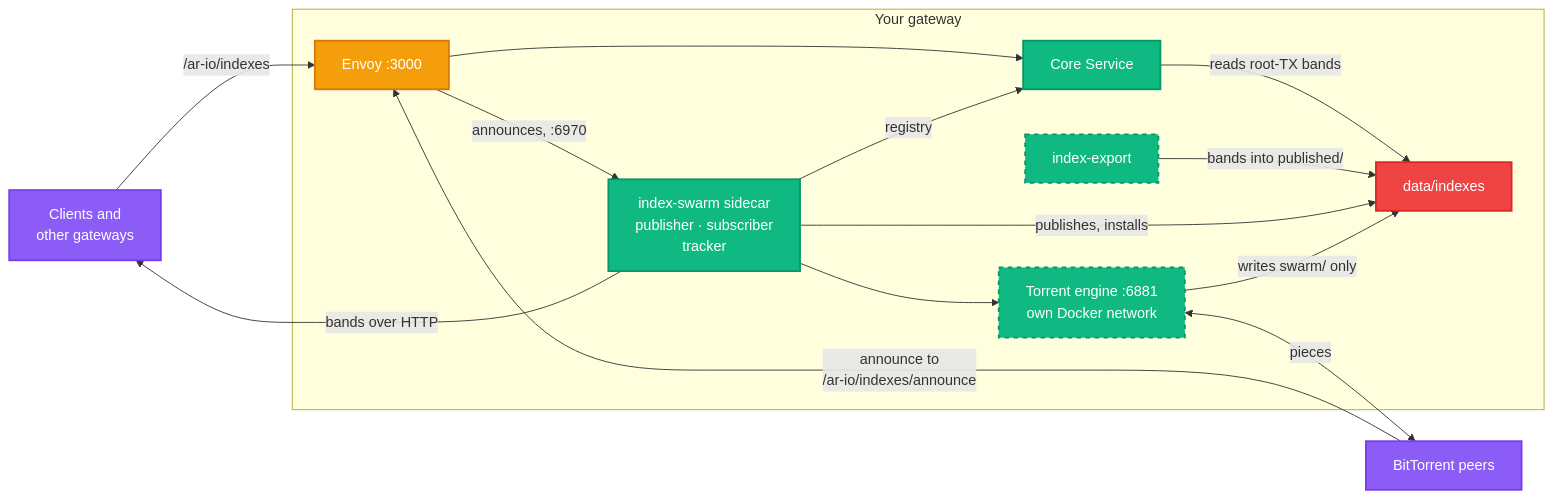
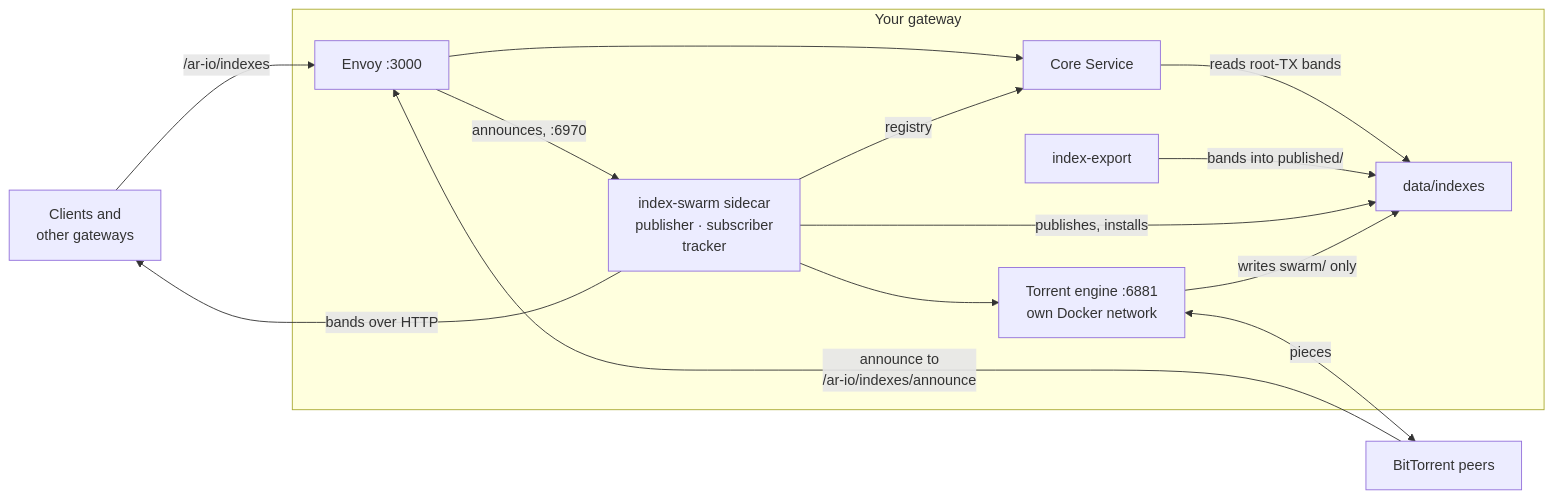
The first of 2 diagrams in content/build/run-a-gateway/manage/index-sharing.mdx (ar-io/docs), drawn with Mermaid before and after one commit. The commit also changed other lines of this file and 9 other files, not shown here.

First line of the commit message:
feat(docs): legible, on-brand diagrams

````diff
--- a/content/build/run-a-gateway/manage/index-sharing.mdx
+++ b/content/build/run-a-gateway/manage/index-sharing.mdx
@@ -85,39 +85,35 @@
 ```mermaid
 graph LR
     NET[Clients and<br/>other gateways]
     PEERS[BitTorrent peers]
 
     subgraph Host ["Your gateway"]
         ENVOY[Envoy :3000]
         CORE[Core Service]
         SIDE[index-swarm sidecar<br/>publisher · subscriber<br/>tracker]
         ENG[Torrent engine :6881<br/>own Docker network]
         EXP[index-export]
         DIR[data/indexes]
     end
 
     NET -->|/ar-io/indexes| ENVOY
     ENVOY --> CORE
     CORE -->|reads root-TX bands| DIR
     EXP -->|bands into published/| DIR
     SIDE -->|publishes, installs| DIR
     SIDE -->|registry| CORE
     SIDE -->|bands over HTTP| NET
     SIDE --> ENG
     ENG -->|writes swarm/ only| DIR
     ENG <-->|pieces| PEERS
     PEERS -->|announce to<br/>/ar-io/indexes/announce| ENVOY
     ENVOY -->|announces, :6970| SIDE
 
-    classDef service fill:#10b981,stroke:#059669,stroke-width:2px,color:#fff
-    classDef proxy fill:#f59e0b,stroke:#d97706,stroke-width:2px,color:#fff
-    classDef external fill:#8b5cf6,stroke:#7c3aed,stroke-width:2px,color:#fff
-    classDef storage fill:#ef4444,stroke:#dc2626,stroke-width:2px,color:#fff
-    classDef optional fill:#10b981,stroke:#059669,stroke-width:2px,color:#fff,stroke-dasharray: 5 5
 
-    class CORE,SIDE service
-    class ENG,EXP optional
-    class ENVOY proxy
-    class NET,PEERS external
-    class DIR storage
+    class CORE,SIDE dg-strong
+    class ENG,EXP dg-strong
+    class ENG,EXP dg-dashed
+    class ENVOY dg-muted
+    class NET,PEERS dg-muted
+    class DIR dg-soft
 ```
````
